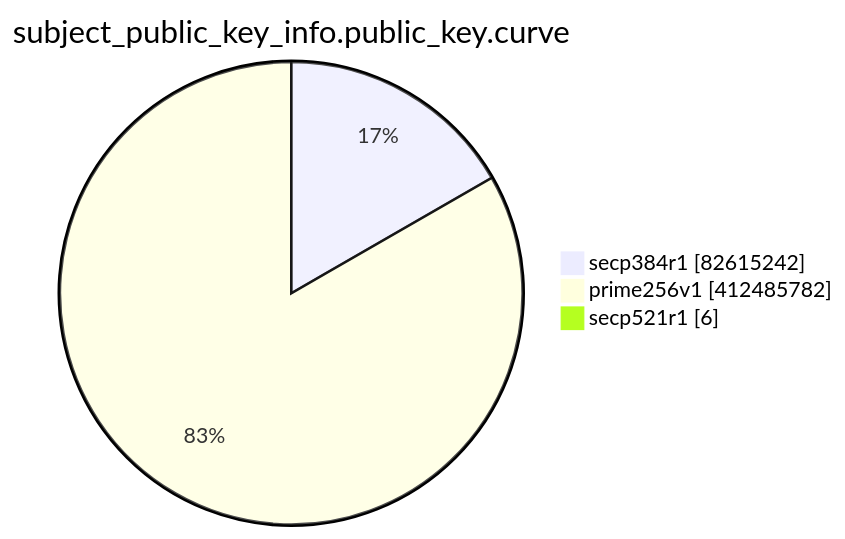
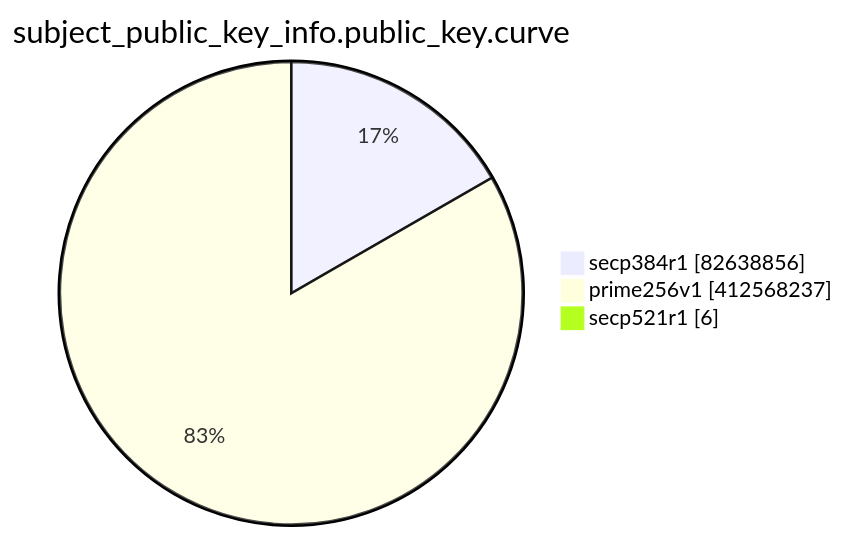
Before and after one commit to christiankrug/ctmonitor_visualization: the eighth of 15 diagrams in TOTAL/README.md, drawn with Mermaid. The commit also changed other lines of this file, not shown here.

````diff
--- a/TOTAL/README.md
+++ b/TOTAL/README.md
@@ -3097,7 +3097,7 @@
 ```mermaid
 pie showData
 title subject_public_key_info.public_key.curve
-"secp384r1" :82615242
-"prime256v1" :412485782
+"secp384r1" :82638856
+"prime256v1" :412568237
 "secp521r1" :6
 ```
````
